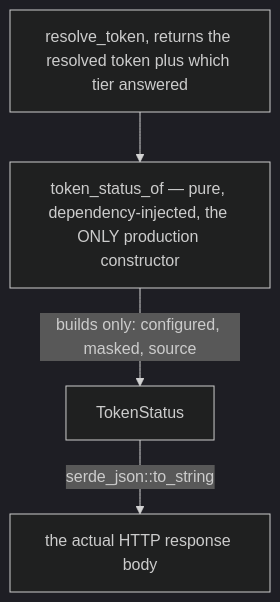
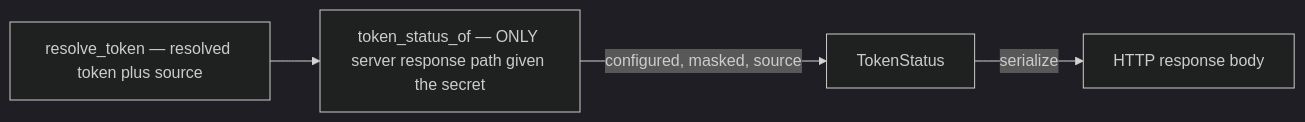
One commit to tom2025b/git-vista changed the diagram in docs/adr/0129-a-settings-surface-writes-through-the-same-fence-it-reads-through.md. Above: the diagram before and after it, drawn with Mermaid (dark theme). The commit also changed other lines of this file and 7 other files, not shown here.

````diff
--- a/docs/adr/0129-a-settings-surface-writes-through-the-same-fence-it-reads-through.md
+++ b/docs/adr/0129-a-settings-surface-writes-through-the-same-fence-it-reads-through.md
@@ -102,6 +102,6 @@
 ```mermaid
-flowchart TD
-    RT["resolve_token, returns the resolved token plus which tier answered"] --> TSO["token_status_of — pure, dependency-injected, the ONLY production constructor"]
-    TSO -->|builds only: configured, masked, source| TS["TokenStatus"]
-    TS -->|serde_json::to_string| WIRE["the actual HTTP response body"]
+flowchart LR
+    RT["resolve_token — resolved token plus source"] --> TSO["token_status_of — ONLY server response path given the secret"]
+    TSO -->|configured, masked, source| TS["TokenStatus"]
+    TS -->|serialize| WIRE["HTTP response body"]
 ```
````
